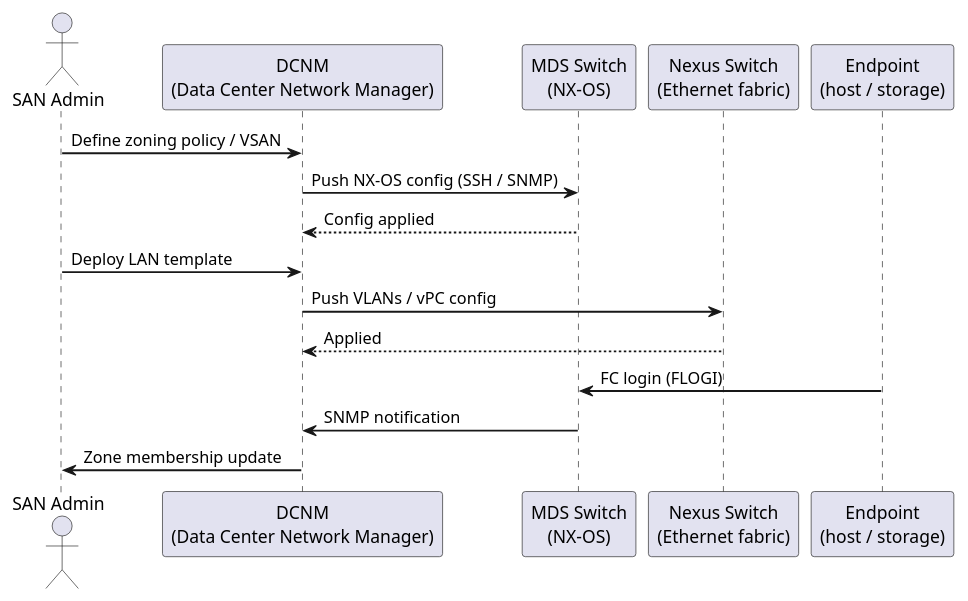
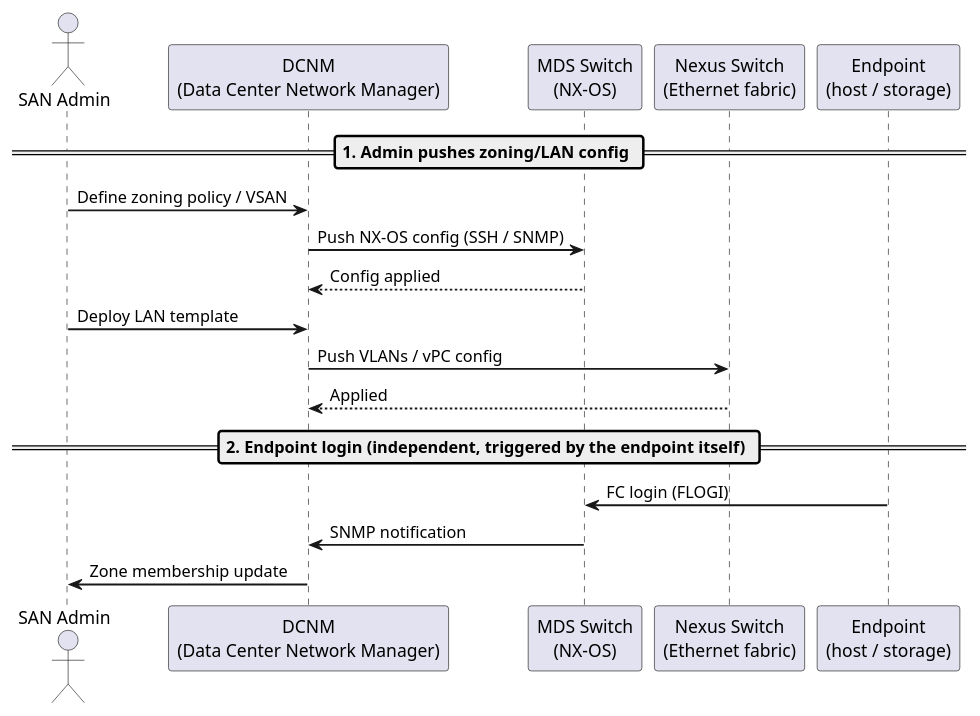
The diagram in docs/san/cisco/cisco-dcnm/architecture/how-it-works.md (canast01/chris-kb), drawn with PlantUML before and after one commit. The commit also changed 14 other files, not shown here.

First line of the commit message:
Add phase dividers to PlantUML sequence diagrams mixing unrelated flows; fix PowerMax escalation box-vs-footer overlap

````diff
--- a/docs/san/cisco/cisco-dcnm/architecture/how-it-works.md
+++ b/docs/san/cisco/cisco-dcnm/architecture/how-it-works.md
@@ -16,23 +16,25 @@
 ```plantuml
 @startuml
 skinparam sequenceArrowThickness 1.5
 skinparam roundcorner 5
 
 actor "SAN Admin" as ADM
 participant "DCNM\n(Data Center Network Manager)" as DCNM
 participant "MDS Switch\n(NX-OS)" as MDS
 participant "Nexus Switch\n(Ethernet fabric)" as NEX
 participant "Endpoint\n(host / storage)" as EP
 
+== 1. Admin pushes zoning/LAN config ==
 ADM -> DCNM: Define zoning policy / VSAN
 DCNM -> MDS: Push NX-OS config (SSH / SNMP)
 MDS --> DCNM: Config applied
 ADM -> DCNM: Deploy LAN template
 DCNM -> NEX: Push VLANs / vPC config
 NEX --> DCNM: Applied
 
+== 2. Endpoint login (independent, triggered by the endpoint itself) ==
 EP -> MDS: FC login (FLOGI)
 MDS -> DCNM: SNMP notification
 DCNM -> ADM: Zone membership update
 @enduml
 ```
````
